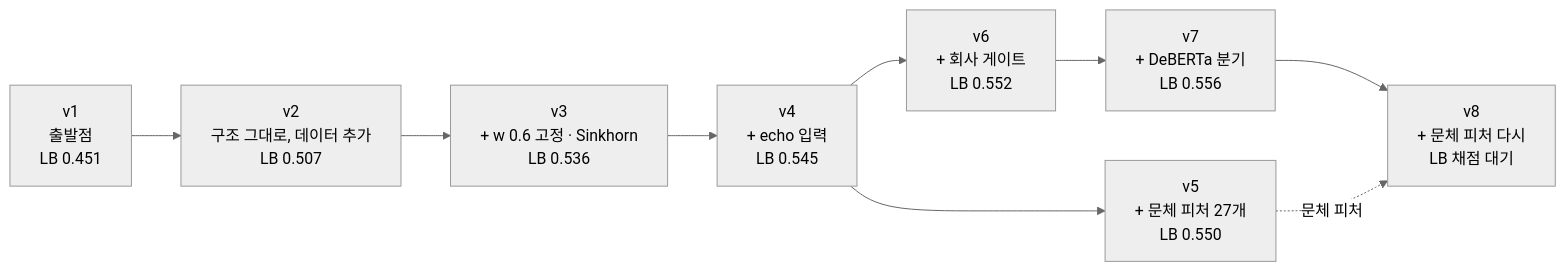
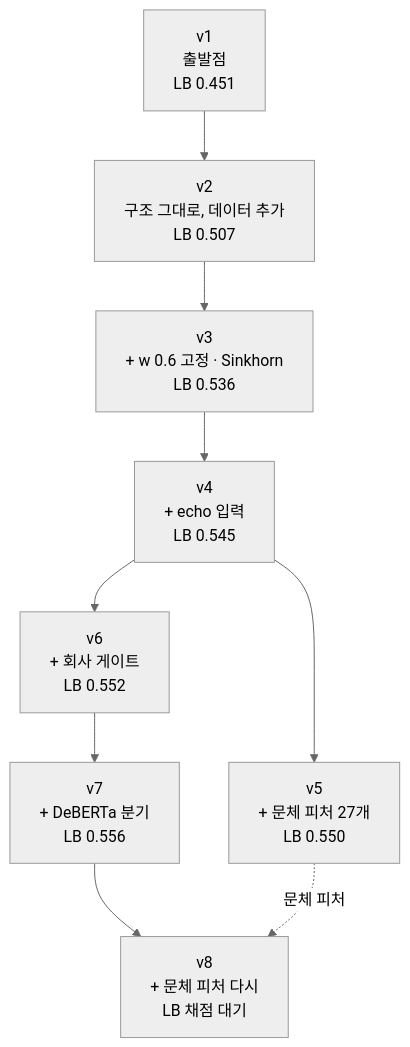
Before and after one commit to Lee-Jungwoo/name-that-llm: the diagram in docs/07_architecture_by_version.md, drawn with Mermaid (neutral theme). The commit also changed other lines of this file and 9 other files, not shown here.

````diff
--- a/docs/07_architecture_by_version.md
+++ b/docs/07_architecture_by_version.md
@@ -26,11 +26,11 @@
 ```mermaid
-flowchart LR
+flowchart TD
     v1["v1<br/>출발점<br/>LB 0.451"] --> v2["v2<br/>구조 그대로, 데이터 추가<br/>LB 0.507"]
     v2 --> v3["v3<br/>+ w 0.6 고정 · Sinkhorn<br/>LB 0.536"]
     v3 --> v4["v4<br/>+ echo 입력<br/>LB 0.545"]
     v4 --> v5["v5<br/>+ 문체 피처 27개<br/>LB 0.550"]
     v4 --> v6["v6<br/>+ 회사 게이트<br/>LB 0.552"]
     v6 --> v7["v7<br/>+ DeBERTa 분기<br/>LB 0.556"]
     v7 --> v8["v8<br/>+ 문체 피처 다시<br/>LB 채점 대기"]
     v5 -. 문체 피처 .-> v8
 ```
````
